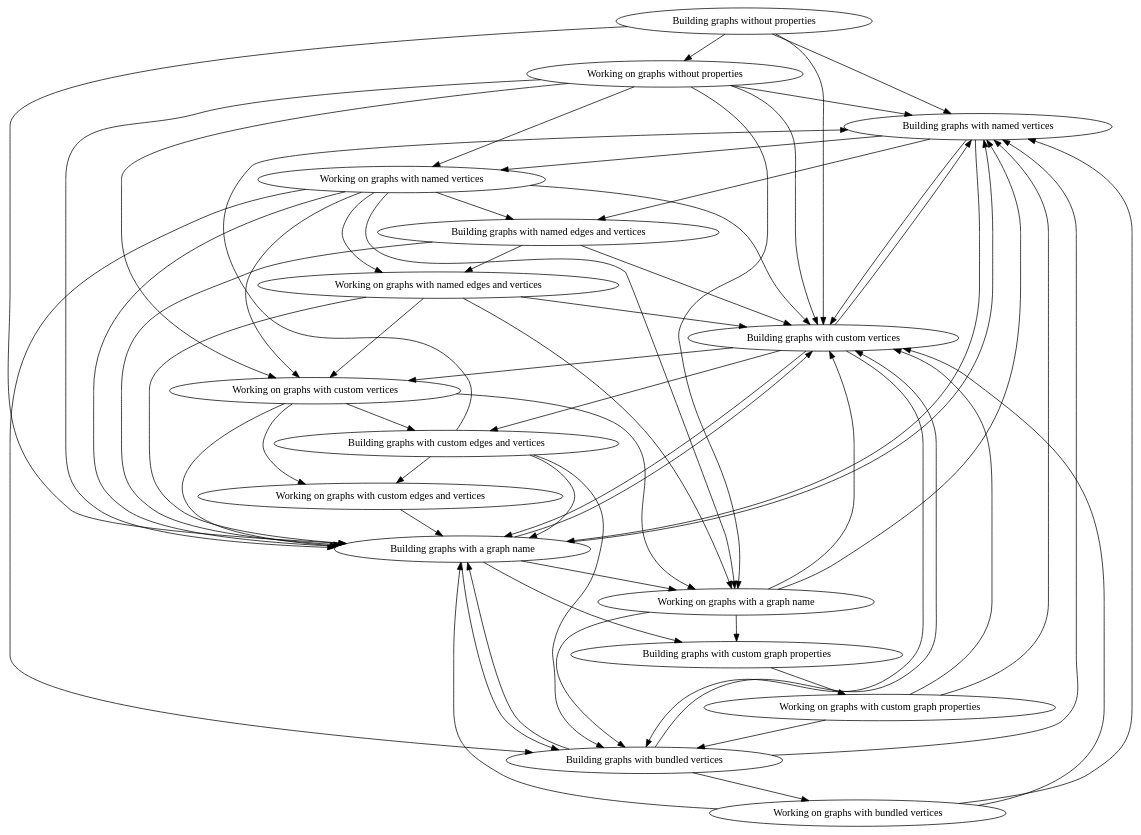
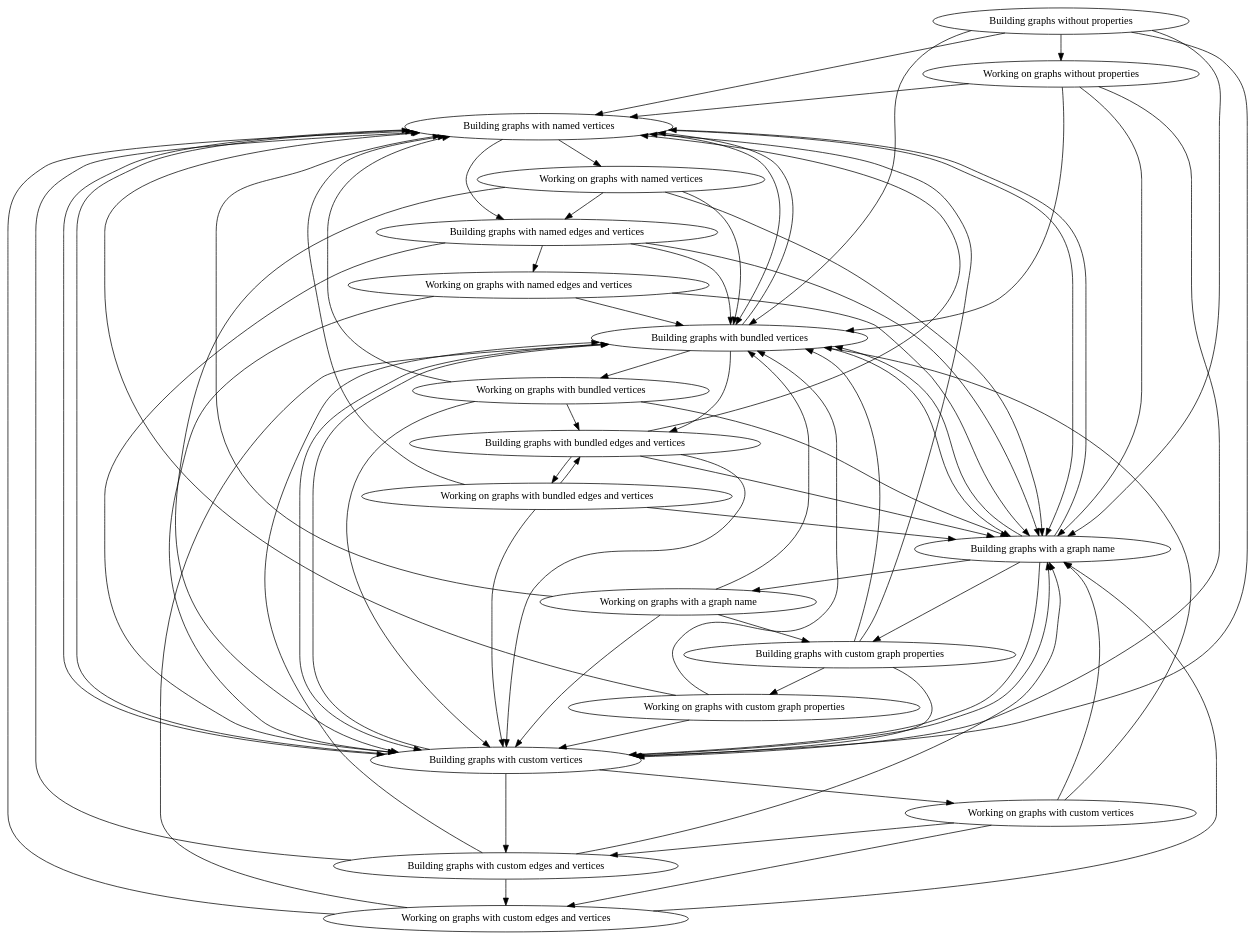
The diagram in BoostGraphTutorial/create_tutorial_chapters_graph.dot (richelbilderbeek/boost_graph_cookbook_1), drawn with Graphviz before and after one commit. The commit also changed 17 other files, not shown here.

```diff
--- a/BoostGraphTutorial/create_tutorial_chapters_graph.dot
+++ b/BoostGraphTutorial/create_tutorial_chapters_graph.dot
@@ -1,80 +1,94 @@
 digraph G {
 0[label="Building graphs without properties"];
 1[label="Working on graphs without properties"];
 2[label="Building graphs with named vertices"];
 3[label="Working on graphs with named vertices"];
 4[label="Building graphs with named edges and vertices"];
 5[label="Working on graphs with named edges and vertices"];
 6[label="Building graphs with bundled vertices"];
 7[label="Working on graphs with bundled vertices"];
-8[label="Building graphs with custom vertices"];
-9[label="Working on graphs with custom vertices"];
-10[label="Building graphs with custom edges and vertices"];
-11[label="Working on graphs with custom edges and vertices"];
-12[label="Building graphs with a graph name"];
-13[label="Working on graphs with a graph name"];
-14[label="Building graphs with custom graph properties"];
-15[label="Working on graphs with custom graph properties"];
+8[label="Building graphs with bundled edges and vertices"];
+9[label="Working on graphs with bundled edges and vertices"];
+10[label="Building graphs with custom vertices"];
+11[label="Working on graphs with custom vertices"];
+12[label="Building graphs with custom edges and vertices"];
+13[label="Working on graphs with custom edges and vertices"];
+14[label="Building graphs with a graph name"];
+15[label="Working on graphs with a graph name"];
+16[label="Building graphs with custom graph properties"];
+17[label="Working on graphs with custom graph properties"];
 0->1 ;
 0->2 ;
-0->8 ;
-0->12 ;
+0->6 ;
+0->10 ;
+0->14 ;
 1->2 ;
-1->8 ;
-1->12 ;
-1->3 ;
-1->9 ;
-1->13 ;
+1->6 ;
+1->10 ;
+1->14 ;
 2->3 ;
 2->4 ;
-2->8 ;
-2->12 ;
+2->6 ;
+2->10 ;
+2->14 ;
 3->4 ;
 3->6 ;
-3->8 ;
-3->12 ;
-3->5 ;
-3->9 ;
-3->13 ;
+3->10 ;
+3->14 ;
 4->5 ;
-4->8 ;
-4->12 ;
-5->8 ;
-5->12 ;
-5->9 ;
-5->13 ;
+4->6 ;
+4->10 ;
+4->14 ;
+5->6 ;
+5->10 ;
+5->14 ;
 6->7 ;
 6->2 ;
 6->8 ;
-6->12 ;
+6->10 ;
+6->14 ;
 7->2 ;
 7->8 ;
-7->12 ;
+7->10 ;
+7->14 ;
 8->9 ;
 8->2 ;
-8->6 ;
 8->10 ;
-8->12 ;
+8->14 ;
+9->2 ;
+9->8 ;
 9->10 ;
-9->12 ;
-9->11 ;
-9->13 ;
+9->14 ;
 10->11 ;
 10->2 ;
 10->6 ;
 10->12 ;
+10->14 ;
+11->6 ;
 11->12 ;
+11->14 ;
+11->13 ;
 12->13 ;
 12->2 ;
 12->6 ;
-12->8 ;
 12->14 ;
-13->14 ;
 13->2 ;
 13->6 ;
-13->8 ;
+13->14 ;
 14->15 ;
+14->2 ;
+14->6 ;
+14->10 ;
+14->16 ;
+15->16 ;
 15->2 ;
 15->6 ;
-15->8 ;
+15->10 ;
+16->17 ;
+16->2 ;
+16->6 ;
+16->10 ;
+17->2 ;
+17->6 ;
+17->10 ;
 }
```
